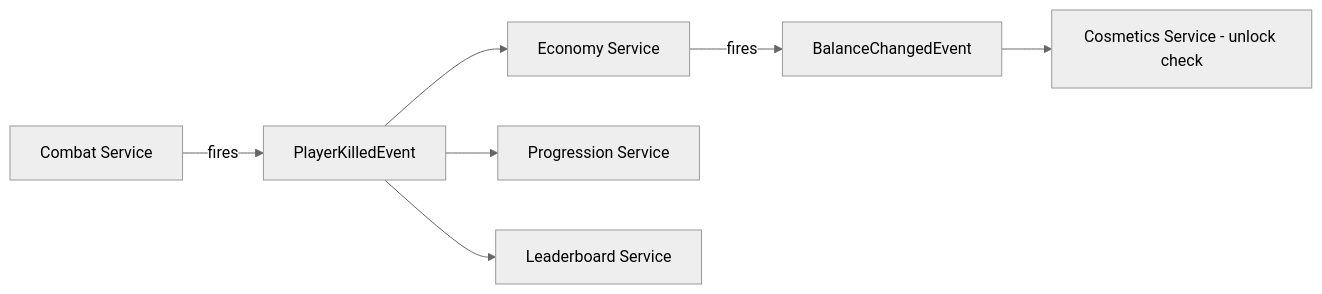
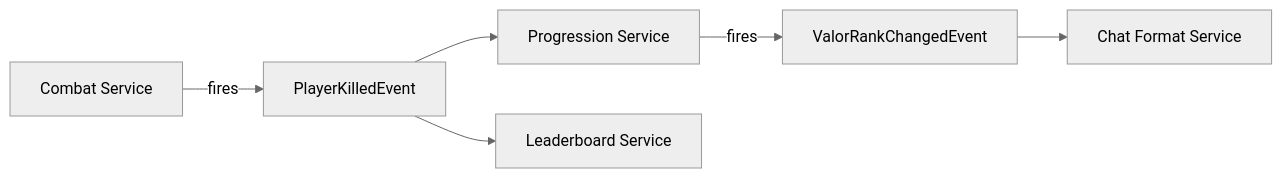
Before and after one commit to jritchiedev/valorsmp: the fourth of 4 diagrams in ARCHITECTURE.md, drawn with Mermaid (neutral theme). The commit also changed other lines of this file and 32 other files, not shown here.

````diff
--- a/ARCHITECTURE.md
+++ b/ARCHITECTURE.md
@@ -242,9 +239,8 @@
 ```mermaid
 flowchart LR
     Combat[Combat Service] -- fires --> PlayerKilledEvent
-    PlayerKilledEvent --> Economy[Economy Service]
     PlayerKilledEvent --> Progression[Progression Service]
     PlayerKilledEvent --> Leaderboards[Leaderboard Service]
-    Economy -- fires --> BalanceChangedEvent
-    BalanceChangedEvent --> Cosmetics[Cosmetics Service - unlock check]
+    Progression -- fires --> ValorRankChangedEvent
+    ValorRankChangedEvent --> Chat[Chat Format Service]
 ```
````
